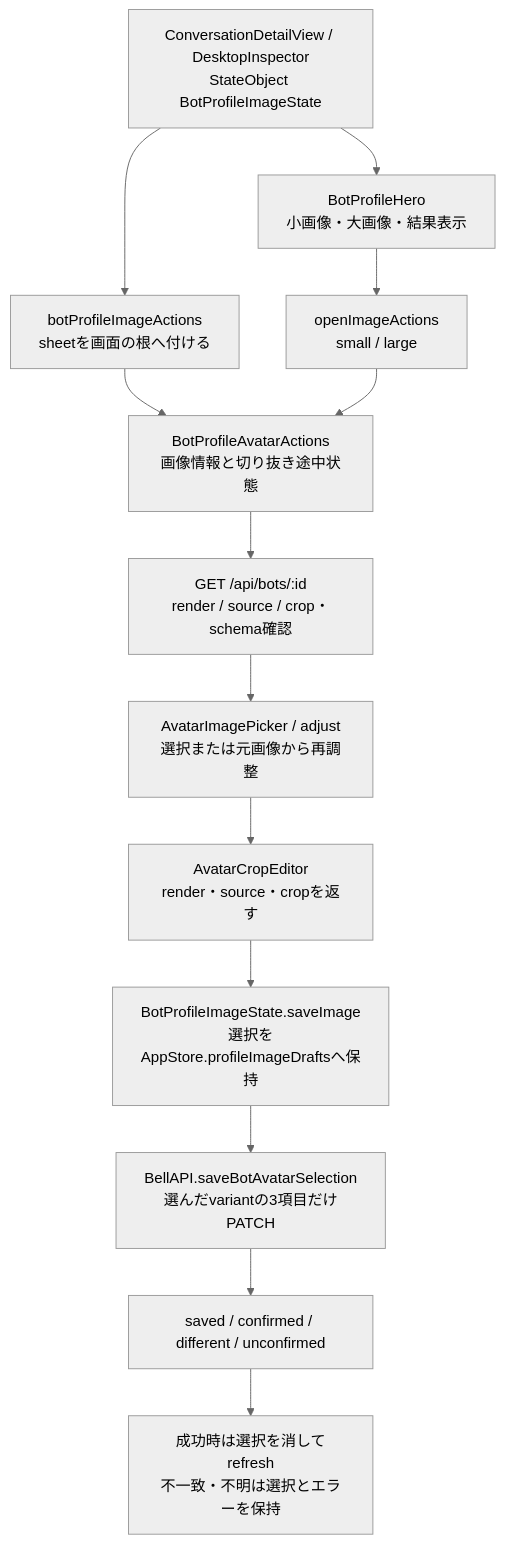
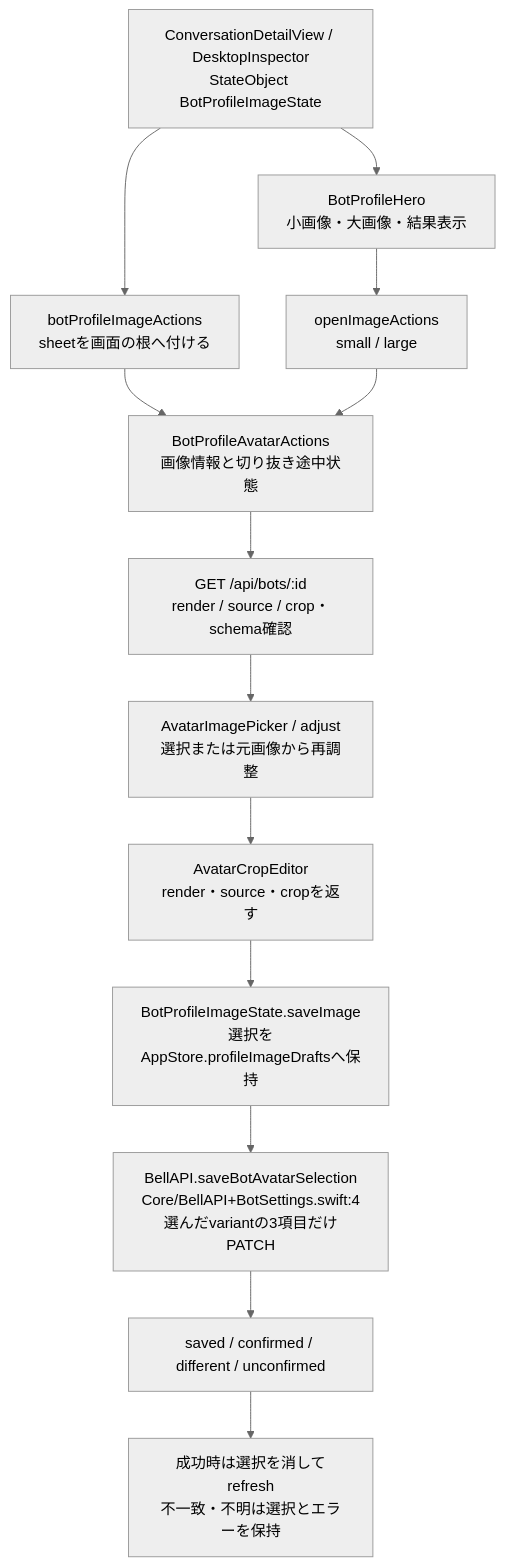
The fourth of 4 diagrams in docs/architecture/modules/apple/settings-and-profile.md (kitepon/BellTeam), drawn with Mermaid (neutral theme) before and after one commit. The commit also changed other lines of this file and 6 other files, not shown here.

````diff
--- a/docs/architecture/modules/apple/settings-and-profile.md
+++ b/docs/architecture/modules/apple/settings-and-profile.md
@@ -89,15 +89,15 @@
 ```mermaid
 flowchart TD
   Detail["ConversationDetailView / DesktopInspector<br/>StateObject BotProfileImageState"] --> Hero["BotProfileHero<br/>小画像・大画像・結果表示"]
   Detail --> Modifier["botProfileImageActions<br/>sheetを画面の根へ付ける"]
   Hero --> Actions["openImageActions<br/>small / large"]
   Modifier --> Sheet["BotProfileAvatarActions<br/>画像情報と切り抜き途中状態"]
   Actions --> Sheet
   Sheet --> Read["GET /api/bots/:id<br/>render / source / crop・schema確認"]
   Read --> Pick["AvatarImagePicker / adjust<br/>選択または元画像から再調整"]
   Pick --> Crop["AvatarCropEditor<br/>render・source・cropを返す"]
   Crop --> Save["BotProfileImageState.saveImage<br/>選択をAppStore.profileImageDraftsへ保持"]
-  Save --> API["BellAPI.saveBotAvatarSelection<br/>選んだvariantの3項目だけPATCH"]
+  Save --> API["BellAPI.saveBotAvatarSelection<br/>Core/BellAPI+BotSettings.swift:4<br/>選んだvariantの3項目だけPATCH"]
   API --> Result["saved / confirmed / different / unconfirmed"]
   Result --> Refresh["成功時は選択を消してrefresh<br/>不一致・不明は選択とエラーを保持"]
 ```
````
